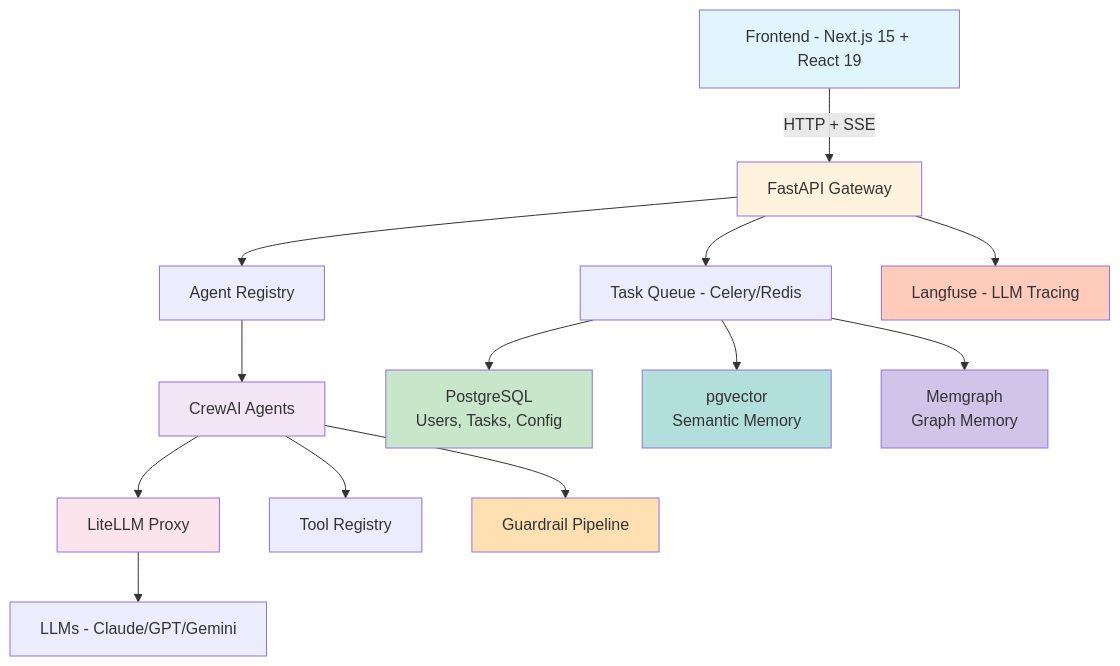
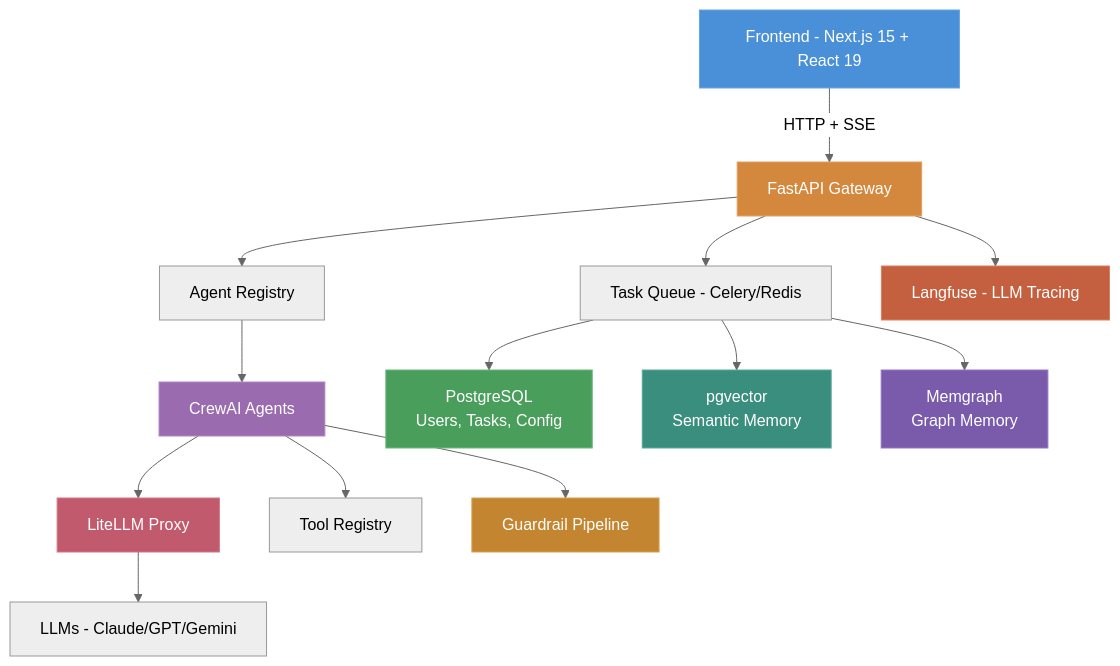
Before and after one commit to phucsystem/agent-foundry: the first of 7 diagrams in docs/system-architecture.md, drawn with Mermaid. The commit also changed other lines of this file, not shown here.

First line of the commit message:
docs: update mermaid diagrams for dark theme compatibility

````diff
--- a/docs/system-architecture.md
+++ b/docs/system-architecture.md
@@ -11,26 +11,27 @@
 ```mermaid
+%%{init: {'theme': 'neutral'}}%%
 graph TD
     FE["Frontend - Next.js 15 + React 19"]
     FE -->|HTTP + SSE| API["FastAPI Gateway"]
     API --> AReg["Agent Registry"]
     API --> TQ["Task Queue - Celery/Redis"]
     AReg --> CAG["CrewAI Agents"]
     CAG --> LLMP["LiteLLM Proxy"]
     LLMP --> LLMs["LLMs - Claude/GPT/Gemini"]
     CAG --> TR["Tool Registry"]
     CAG --> GP["Guardrail Pipeline"]
     API --> LF["Langfuse - LLM Tracing"]
     TQ --> PG["PostgreSQL<br/>Users, Tasks, Config"]
     TQ --> PGV["pgvector<br/>Semantic Memory"]
     TQ --> MG["Memgraph<br/>Graph Memory"]
 
-    style FE fill:#e1f5ff
-    style API fill:#fff3e0
-    style CAG fill:#f3e5f5
-    style LLMP fill:#fce4ec
-    style GP fill:#ffe0b2
-    style PG fill:#c8e6c9
-    style PGV fill:#b2dfdb
-    style MG fill:#d1c4e9
-    style LF fill:#ffccbc
+    style FE fill:#4a90d9,stroke:#6ba3e0,color:#fff
+    style API fill:#d4883e,stroke:#e0a060,color:#fff
+    style CAG fill:#9b6bb0,stroke:#b085c2,color:#fff
+    style LLMP fill:#c25a6e,stroke:#d47585,color:#fff
+    style GP fill:#c48530,stroke:#d9a050,color:#fff
+    style PG fill:#4a9e5c,stroke:#6db87e,color:#fff
+    style PGV fill:#3a8e7e,stroke:#5aaa9a,color:#fff
+    style MG fill:#7a5aaa,stroke:#9575c4,color:#fff
+    style LF fill:#c46040,stroke:#d88060,color:#fff
 ```
````
